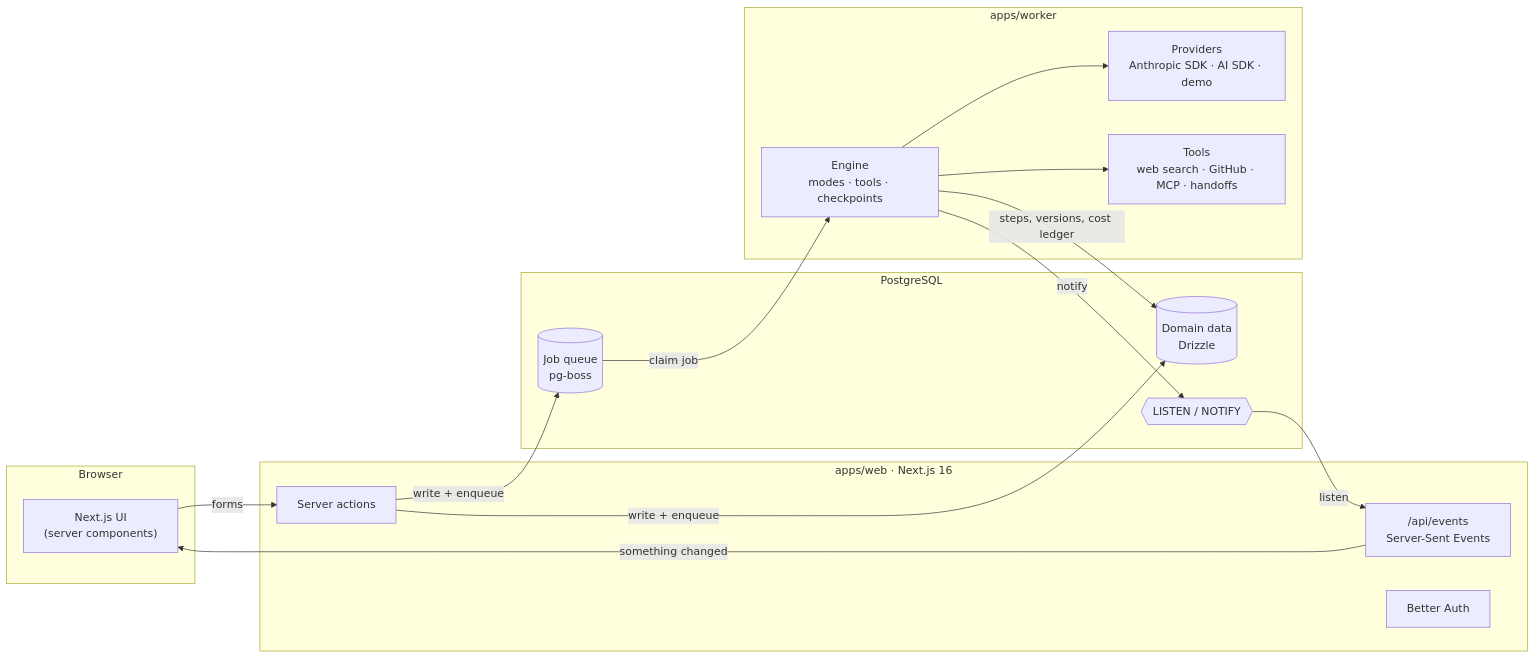
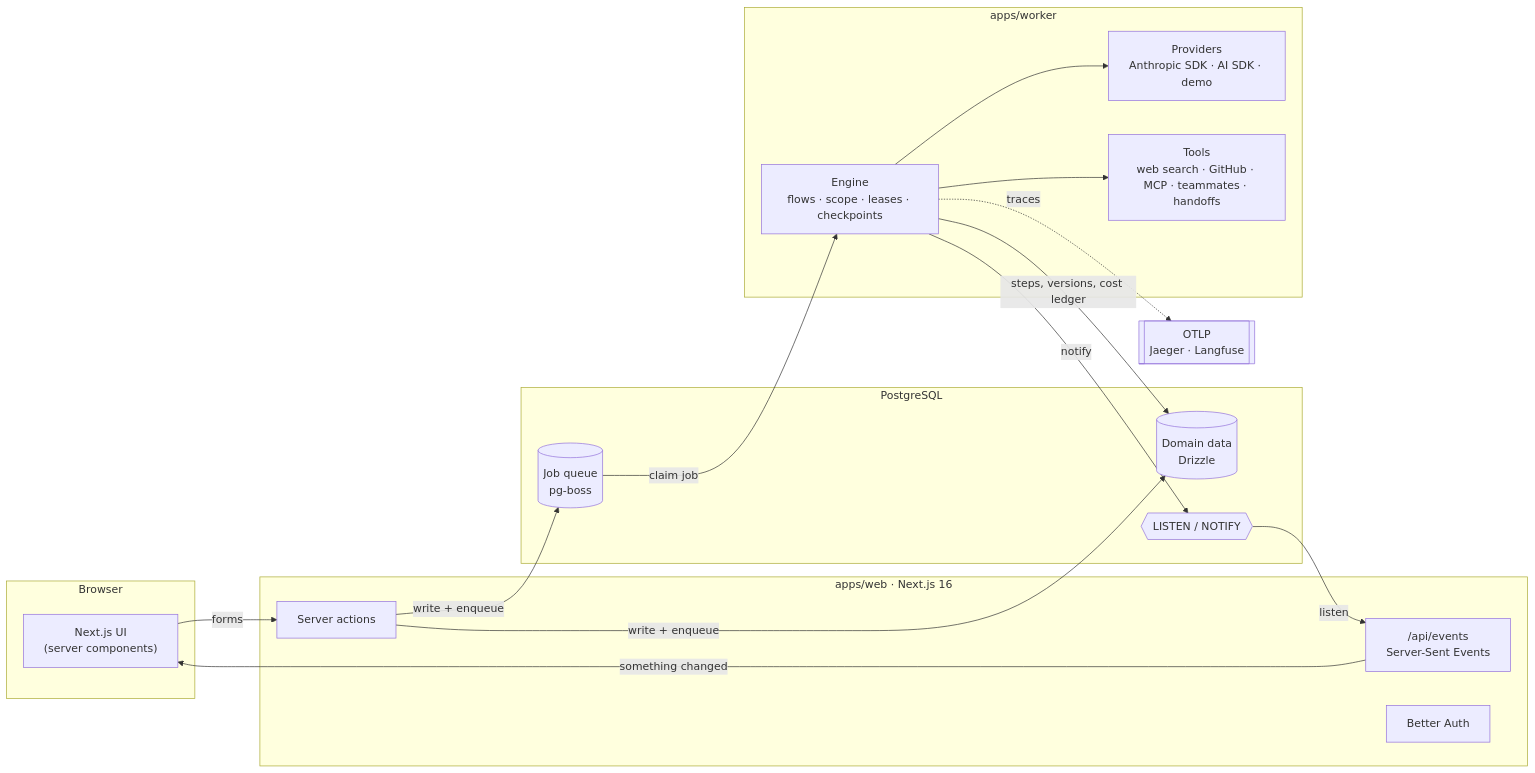
The first of 5 diagrams in README.md (dcalds99x/squadai), drawn with Mermaid before and after one commit. The commit also changed other lines of this file and 113 other files, not shown here.

First line of the commit message:
feat: fluid team flows, reliability, public demo and work management

````diff
--- a/README.md
+++ b/README.md
@@ -75,33 +77,36 @@
 ```mermaid
 flowchart LR
   subgraph Browser
     UI["Next.js UI<br/>(server components)"]
   end
 
   subgraph web["apps/web · Next.js 16"]
     SA["Server actions"]
     SSE["/api/events<br/>Server-Sent Events"]
     AUTH["Better Auth"]
   end
 
   subgraph pg["PostgreSQL"]
     DATA[("Domain data<br/>Drizzle")]
     Q[("Job queue<br/>pg-boss")]
     N{{"LISTEN / NOTIFY"}}
   end
 
   subgraph worker["apps/worker"]
-    ENG["Engine<br/>modes · tools · checkpoints"]
+    ENG["Engine<br/>flows · scope · leases · checkpoints"]
     PROV["Providers<br/>Anthropic SDK · AI SDK · demo"]
-    TOOLS["Tools<br/>web search · GitHub · MCP · handoffs"]
+    TOOLS["Tools<br/>web search · GitHub · MCP · teammates · handoffs"]
   end
+
+  OTEL[["OTLP<br/>Jaeger · Langfuse"]]
 
   UI -- "forms" --> SA
   SA -- "write + enqueue" --> DATA & Q
   Q -- "claim job" --> ENG
   ENG --> PROV & TOOLS
   ENG -- "steps, versions, cost ledger" --> DATA
   ENG -- "notify" --> N
   N -- "listen" --> SSE
   SSE -- "something changed" --> UI
+  ENG -. "traces" .-> OTEL
 ```
````
